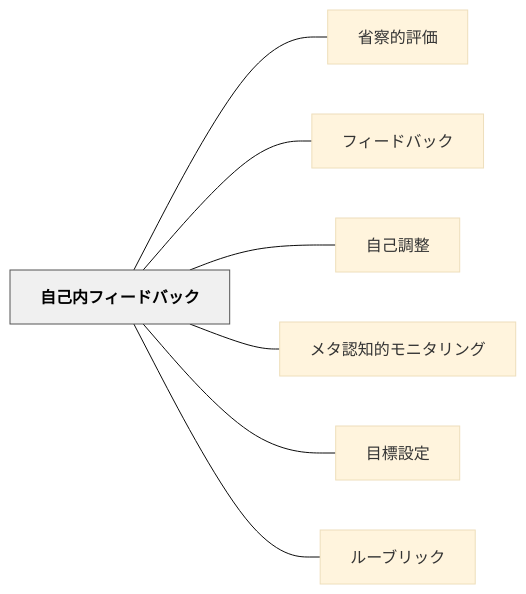
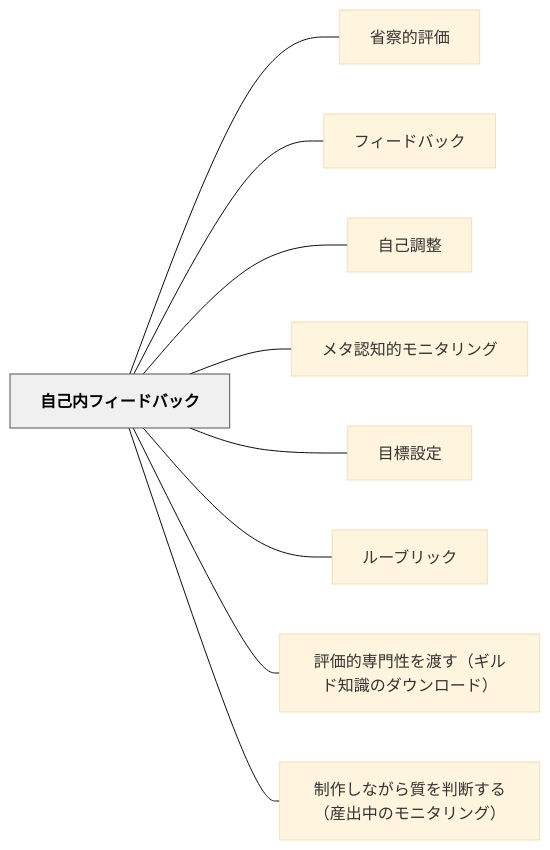
Before and after one commit to unknownthings-ed-patterns/unknownthings-ed-patterns: the diagram in content/パタン/自己内フィードバック.md, drawn with Mermaid (base theme). The commit also changed other lines of this file and 42 other files, not shown here.

````diff
--- a/content/パタン/自己内フィードバック.md
+++ b/content/パタン/自己内フィードバック.md
@@ -63,20 +66,24 @@
 ```mermaid
 flowchart LR
     ne887aae5b7b1e58685e38395e382a3e383bce38389e38390e38383e382af["自己内フィードバック"]
     ne79c81e5af9fe79a84e8a995e4bea1["省察的評価"]
     ne38395e382a3e383bce38389e38390e38383e382af["フィードバック"]
     ne887aae5b7b1e8aabfe695b4["自己調整"]
     ne383a1e382bfe8aa8de79fa5e79a84e383a2e3838be382bfe383aae383b3e382b0["メタ認知的モニタリング"]
     ne79baee6a899e8a8ade5ae9a["目標設定"]
     ne383abe383bce38396e383aae38383e382af["ルーブリック"]
+    ne8a995e4bea1e79a84e5b082e99680e680a7e38292e6b8a1e38199efbc88e382aee383abe38389e79fa5e8ad98e381aee38380e382a6e383b3e383ade383bce38389efbc89["評価的専門性を渡す（ギルド知識のダウンロード）"]
+    ne588b6e4bd9ce38197e381aae3818ce38289e8b3aae38292e588a4e696ade38199e3828befbc88e794a3e587bae4b8ade381aee383a2e3838be382bfe383aae383b3e382b0efbc89["制作しながら質を判断する（産出中のモニタリング）"]
 
     ne887aae5b7b1e58685e38395e382a3e383bce38389e38390e38383e382af --- ne79c81e5af9fe79a84e8a995e4bea1
     ne887aae5b7b1e58685e38395e382a3e383bce38389e38390e38383e382af --- ne38395e382a3e383bce38389e38390e38383e382af
     ne887aae5b7b1e58685e38395e382a3e383bce38389e38390e38383e382af --- ne887aae5b7b1e8aabfe695b4
     ne887aae5b7b1e58685e38395e382a3e383bce38389e38390e38383e382af --- ne383a1e382bfe8aa8de79fa5e79a84e383a2e3838be382bfe383aae383b3e382b0
     ne887aae5b7b1e58685e38395e382a3e383bce38389e38390e38383e382af --- ne79baee6a899e8a8ade5ae9a
     ne887aae5b7b1e58685e38395e382a3e383bce38389e38390e38383e382af --- ne383abe383bce38396e383aae38383e382af
+    ne887aae5b7b1e58685e38395e382a3e383bce38389e38390e38383e382af --- ne8a995e4bea1e79a84e5b082e99680e680a7e38292e6b8a1e38199efbc88e382aee383abe38389e79fa5e8ad98e381aee38380e382a6e383b3e383ade383bce38389efbc89
+    ne887aae5b7b1e58685e38395e382a3e383bce38389e38390e38383e382af --- ne588b6e4bd9ce38197e381aae3818ce38289e8b3aae38292e588a4e696ade38199e3828befbc88e794a3e587bae4b8ade381aee383a2e3838be382bfe383aae383b3e382b0efbc89
 
     classDef hub fill:#f0f0f0,stroke:#555,color:#000,font-weight:bold
     class ne887aae5b7b1e58685e38395e382a3e383bce38389e38390e38383e382af hub
 ```
````
